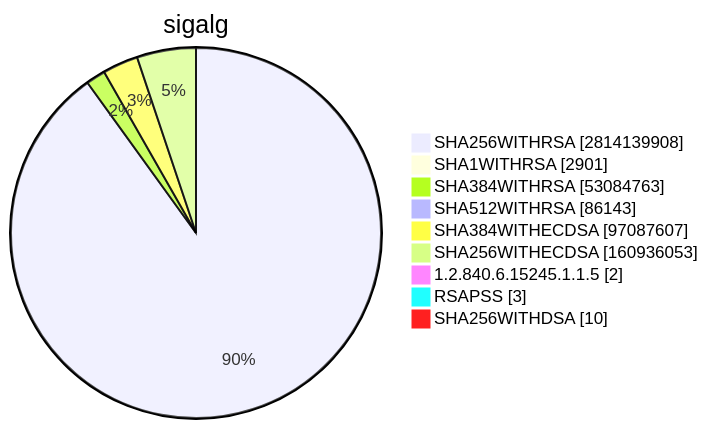
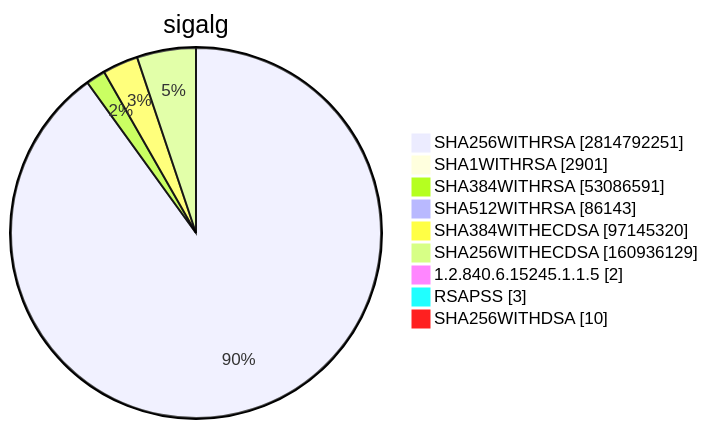
One commit to christiankrug/ctmonitor_visualization changed diagram 15 of 15 in TOTAL/README.md. Above: the diagram before and after it, drawn with Mermaid. The commit also changed other lines of this file, not shown here.

````diff
--- a/TOTAL/README.md
+++ b/TOTAL/README.md
@@ -6207,13 +6207,13 @@
 ```mermaid
 pie showData
 title sigalg
-"SHA256WITHRSA" :2814139908
+"SHA256WITHRSA" :2814792251
 "SHA1WITHRSA" :2901
-"SHA384WITHRSA" :53084763
+"SHA384WITHRSA" :53086591
 "SHA512WITHRSA" :86143
-"SHA384WITHECDSA" :97087607
-"SHA256WITHECDSA" :160936053
+"SHA384WITHECDSA" :97145320
+"SHA256WITHECDSA" :160936129
 "1.2.840.6.15245.1.1.5" :2
 "RSAPSS" :3
 "SHA256WITHDSA" :10
 ```
````
